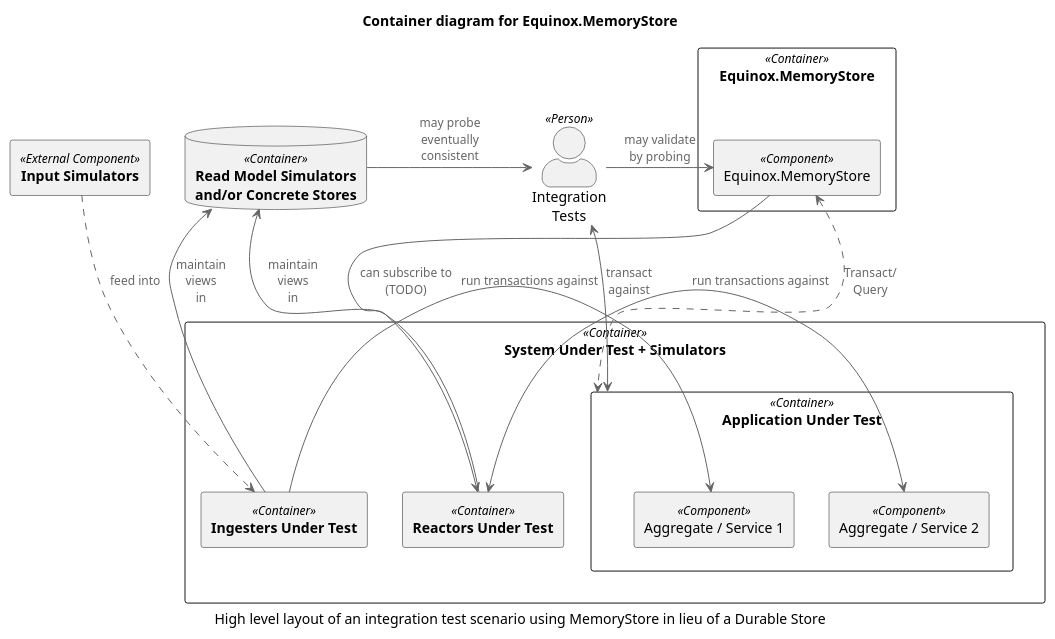
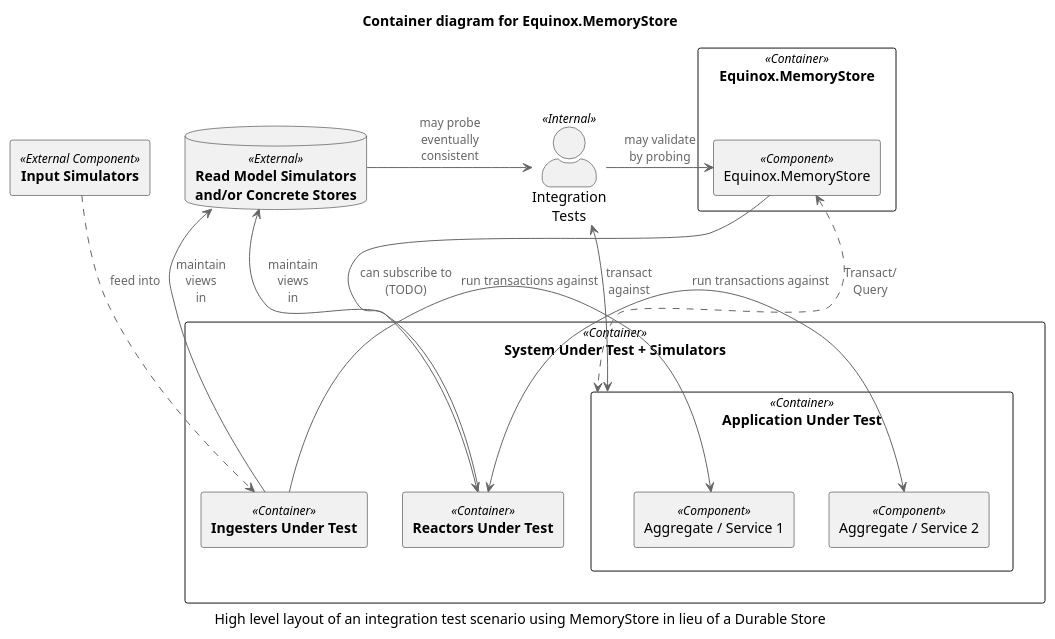
Before and after one commit to jet/equinox: the diagram in diagrams/MemoryStoreContainer.puml, drawn with PlantUML. The commit also changed 6 other files, not shown here.

```diff
--- a/diagrams/MemoryStoreContainer.puml
+++ b/diagrams/MemoryStoreContainer.puml
@@ -1,55 +1,55 @@
 @startuml
 !includeurl https://raw.githubusercontent.com/skleanthous/C4-PlantumlSkin/master/build/output/c4.puml
 
 title Container diagram for Equinox.MemoryStore
 caption High level layout of an integration test scenario using MemoryStore in lieu of a Durable Store
 
 rectangle inputs <<External Component>> [
     **Input Simulators**
 ]
 
 together {
     rectangle "Equinox.MemoryStore" <<Container>> {
         rectangle eqxms <<Component>> [
             Equinox.MemoryStore
         ]
     }
-    actor "Integration\nTests" <<Person>> as tests
-    database caches <<Container>> [
+    actor "Integration\nTests" <<Internal>> as tests
+    database caches <<External>> [
         **Read Model Simulators**
         **and/or Concrete Stores**
     ]
 }
 
 rectangle "System Under Test + Simulators" <<Container>> {
     rectangle "Application Under Test" <<Container>> as aggregate {
         rectangle aggregate1 <<Component>> [
             Aggregate / Service 1
         ]
         rectangle aggregate2 <<Component>> [
             Aggregate / Service 2
         ]
     }
     rectangle ingesters <<Container>> [
         **Ingesters Under Test**
     ]
     rectangle reactors <<Container>> [
         **Reactors Under Test**
     ]
 }
 
 tests     <-D->  aggregate  : transact\nagainst
 tests     <-     caches     : may probe\neventually\nconsistent
 tests       -L-> eqxms      : may validate\nby probing
 
 aggregate <.L.>  eqxms      : Transact/\nQuery
 
 ingesters  ->    aggregate1 : run transactions against
 ingesters  -U->  caches     : maintain\nviews\nin
 ingesters <.U.   inputs     : feed into
 
 reactors  <-     eqxms      : can subscribe to\n(TODO)
 reactors  <->    aggregate2 : run transactions against
 reactors  -U->   caches     : maintain\nviews\nin
 
 @enduml
```
